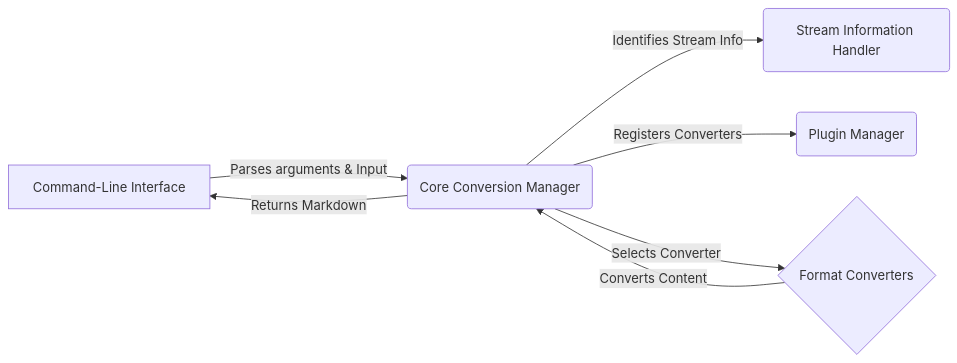
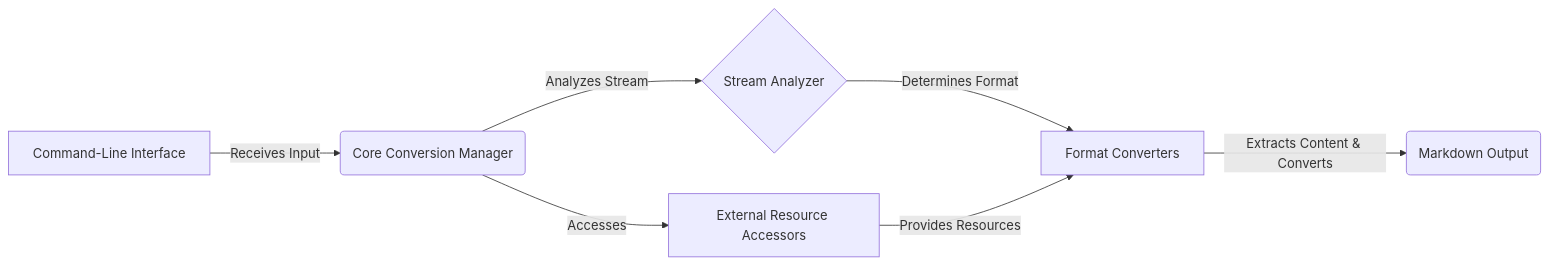
One commit to CodeBoarding/GeneratedOnBoardings changed the diagram in markitdown/on_boarding.md. Above: the diagram before and after it, drawn with Mermaid. The commit also changed other lines of this file and 8 other files, not shown here.

````diff
--- a/markitdown/on_boarding.md
+++ b/markitdown/on_boarding.md
@@ -5,15 +5,16 @@
 ```mermaid
 graph LR
-    A[Command-Line Interface] -- Parses arguments & Input --> B(Core Conversion Manager)
-    B -- Identifies Stream Info --> C(Stream Information Handler)
-    B -- Registers Converters --> E(Plugin Manager)
-    B -- Selects Converter --> D{Format Converters}
-    D -- Converts Content --> B
-    B -- Returns Markdown --> A
+    A[Command-Line Interface] -- Receives Input --> B(Core Conversion Manager)
+    B -- Analyzes Stream --> C{Stream Analyzer}
+    C -- Determines Format --> D[Format Converters]
+    D -- Extracts Content & Converts --> E(Markdown Output)
+    B -- Accesses --> F[External Resource Accessors]
+    F -- Provides Resources --> D
 
 click A href "https://github.com/CodeBoarding/GeneratedOnBoardings/blob/main/markitdown//Command-Line%20Interface.md"
 click B href "https://github.com/CodeBoarding/GeneratedOnBoardings/blob/main/markitdown//Core%20Conversion%20Manager.md"
-click C href "https://github.com/CodeBoarding/GeneratedOnBoardings/blob/main/markitdown//Stream%20Information%20Handler.md"
+click C href "https://github.com/CodeBoarding/GeneratedOnBoardings/blob/main/markitdown//Stream%20Analyzer.md"
 click D href "https://github.com/CodeBoarding/GeneratedOnBoardings/blob/main/markitdown//Format%20Converters.md"
-click E href "https://github.com/CodeBoarding/GeneratedOnBoardings/blob/main/markitdown//Plugin%20Manager.md"
+click E href "https://github.com/CodeBoarding/GeneratedOnBoardings/blob/main/markitdown//Markdown%20Output.md"
+click F href "https://github.com/CodeBoarding/GeneratedOnBoardings/blob/main/markitdown//External%20Resource%20Accessors.md"
 ```
````
